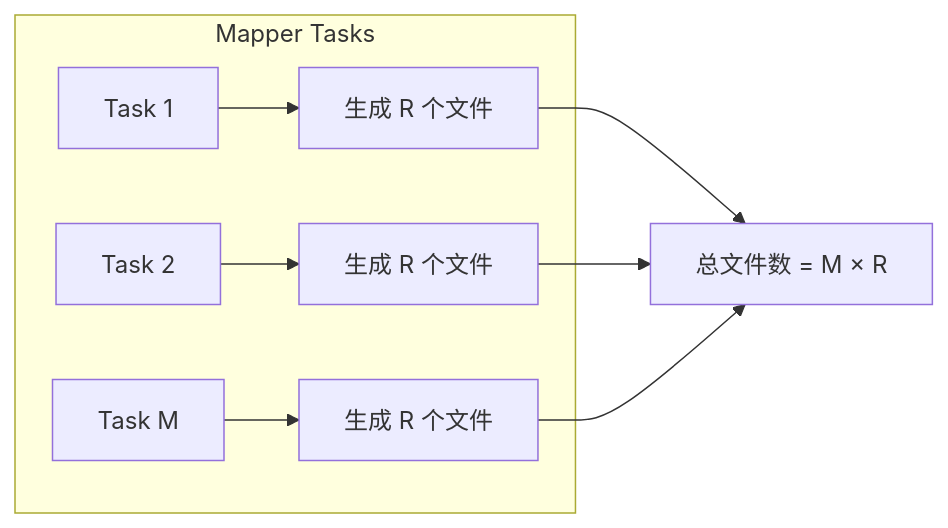
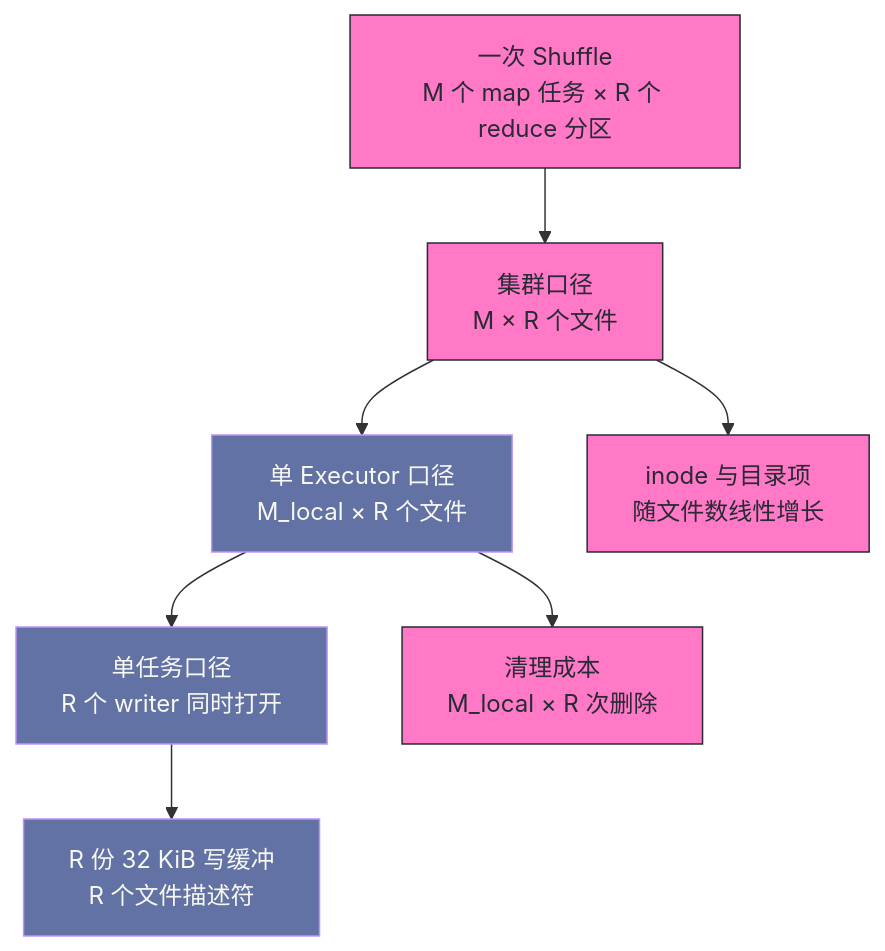
The third of 6 diagrams in content/大数据/Spark/读书笔记-spark内核/05_Shuffle核心机制/4. Spark_Hash_Based_Shuffle.md (hpliStartAgain/my-brain), drawn with Mermaid before and after one commit. The commit also changed other lines of this file and 259 other files, not shown here.

````diff
--- a/content/大数据/Spark/读书笔记-spark内核/05_Shuffle核心机制/4. Spark_Hash_Based_Shuffle.md
+++ b/content/大数据/Spark/读书笔记-spark内核/05_Shuffle核心机制/4. Spark_Hash_Based_Shuffle.md
@@ -106,12 +295,14 @@
 ```mermaid
-flowchart LR
-    subgraph "Mapper Tasks"
-        T1["Task 1"] --> F1["生成 R 个文件"]
-        T2["Task 2"] --> F2["生成 R 个文件"]
-        TM["Task M"] --> FM["生成 R 个文件"]
-    end
-    
-    F1 --> G["总文件数 = M × R"]
-    F2 --> G
-    FM --> G
+%%{init: {'theme': 'dracula'}}%%
+flowchart TD
+    A["一次 Shuffle<br/>M 个 map 任务 × R 个 reduce 分区"] --> B["集群口径<br/>M × R 个文件"]
+    B --> C["单 Executor 口径<br/>M_local × R 个文件"]
+    C --> D["单任务口径<br/>R 个 writer 同时打开"]
+    D --> E["R 份 32 KiB 写缓冲<br/>R 个文件描述符"]
+    B --> F["inode 与目录项<br/>随文件数线性增长"]
+    C --> G["清理成本<br/>M_local × R 次删除"]
+    classDef wide fill:#ff79c6,stroke:#282a36,color:#282a36
+    classDef narrow fill:#6272a4,stroke:#bd93f9,color:#f8f8f2
+    class A,B,F,G wide
+    class C,D,E narrow
 ```
````
